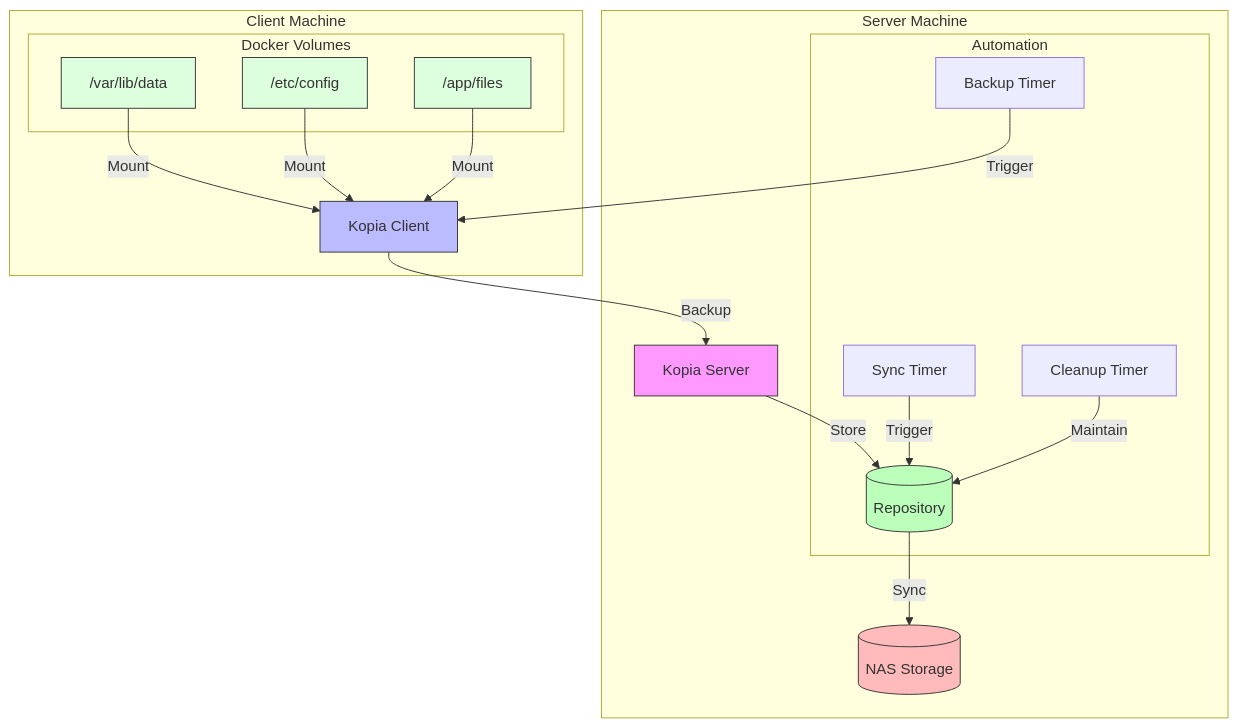
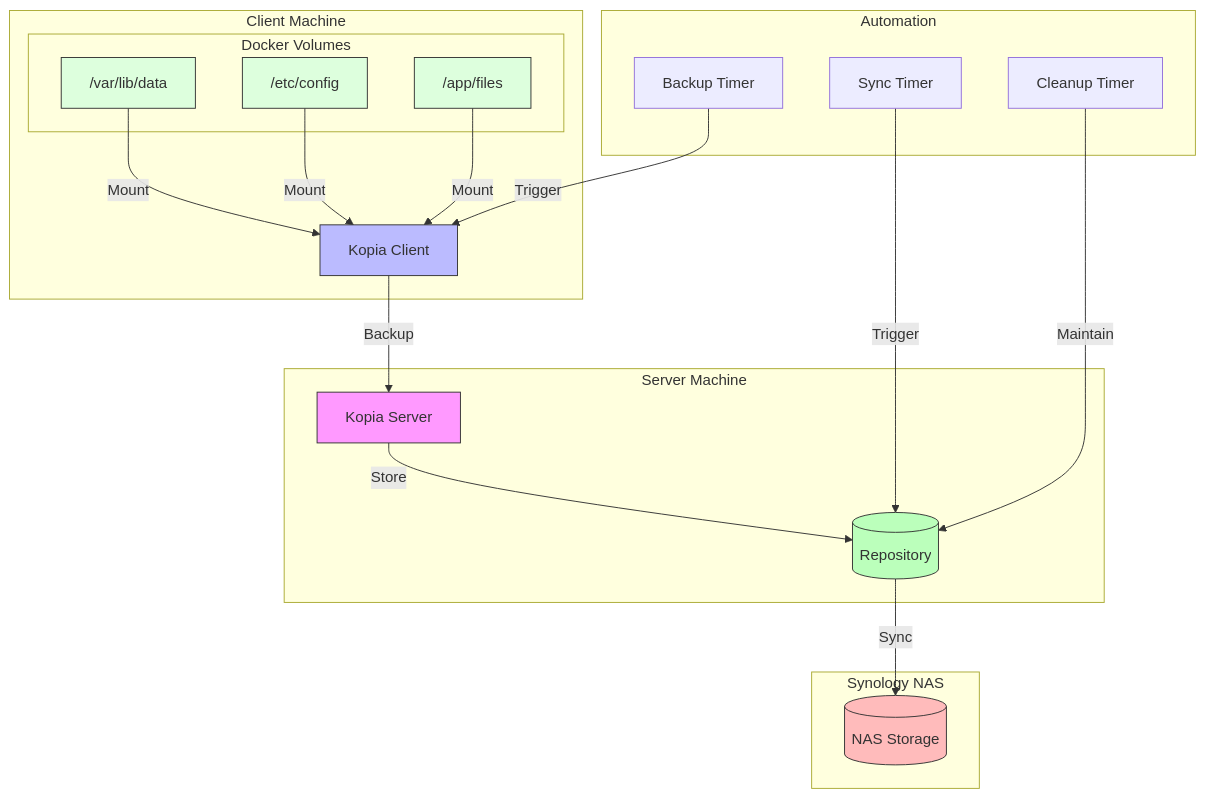
The diagram in README.md (eblet/kopia-backup-run), drawn with Mermaid before and after one commit.

Commit message:
edit graph

````diff
--- a/README.md
+++ b/README.md
@@ -14,34 +14,39 @@
 ```mermaid
 graph TB
     subgraph "Client Machine"
         V1["/var/lib/data"] -->|Mount| C
         V2["/etc/config"] -->|Mount| C
         V3["/app/files"] -->|Mount| C
         subgraph "Docker Volumes"
             V1
             V2
             V3
         end
         C[Kopia Client]
     end
 
     subgraph "Server Machine"
         C -->|Backup| S[Kopia Server]
         S -->|Store| R[(Repository)]
-        R -->|Sync| N[(NAS Storage)]
-        
-        subgraph "Automation"
-            T1[Backup Timer] -->|Trigger| C
-            T2[Sync Timer] -->|Trigger| R
-            T3[Cleanup Timer] -->|Maintain| R
-        end
+    end
+
+    subgraph "Synology NAS"
+        N[(NAS Storage)]
+    end
+
+    R -->|Sync| N
+
+    subgraph "Automation"
+        T1[Backup Timer] -->|Trigger| C
+        T2[Sync Timer] -->|Trigger| R
+        T3[Cleanup Timer] -->|Maintain| R
     end
 
     style S fill:#f9f,stroke:#333
     style C fill:#bbf,stroke:#333
     style R fill:#bfb,stroke:#333
     style N fill:#fbb,stroke:#333
     style V1 fill:#dfd,stroke:#333
     style V2 fill:#dfd,stroke:#333
     style V3 fill:#dfd,stroke:#333
 ```
````
